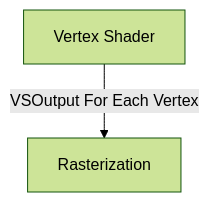
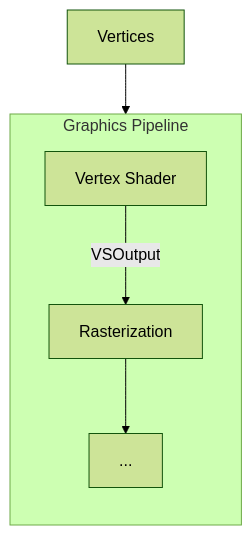
The fourth of 5 diagrams in docs/the_triangle.md (developer-benny-zhu/handmade-gpuer), drawn with Mermaid (forest theme) before and after one commit. The commit also changed other lines of this file and 11 other files, not shown here.

````diff
--- a/docs/the_triangle.md
+++ b/docs/the_triangle.md
@@ -160,7 +152,16 @@
 ```mermaid
 flowchart TD
-        VS["Vertex Shader"]
-        R["Rasterization"]
+    Vertices["Vertices"]
 
-        VS --> |"VSOutput For Each Vertex"| R
+    subgraph GraphicsPipeline["Graphics Pipeline"]
+        direction TB
+        VertexShader["Vertex Shader"]
+        Rasterization["Rasterization"]
+        ...["..."]
+
+        VertexShader -->|"VSOutput"| Rasterization
+        Rasterization --> ...
+    end
+
+    Vertices --> GraphicsPipeline
 ```
````
